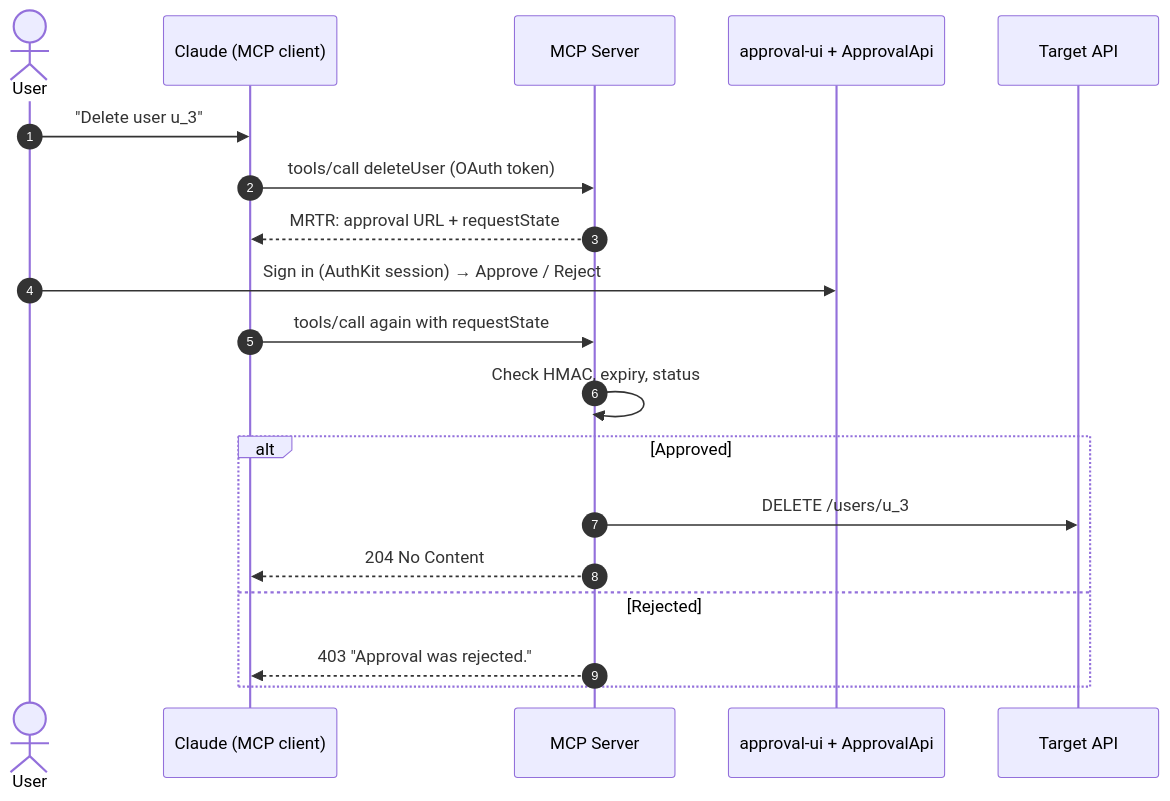
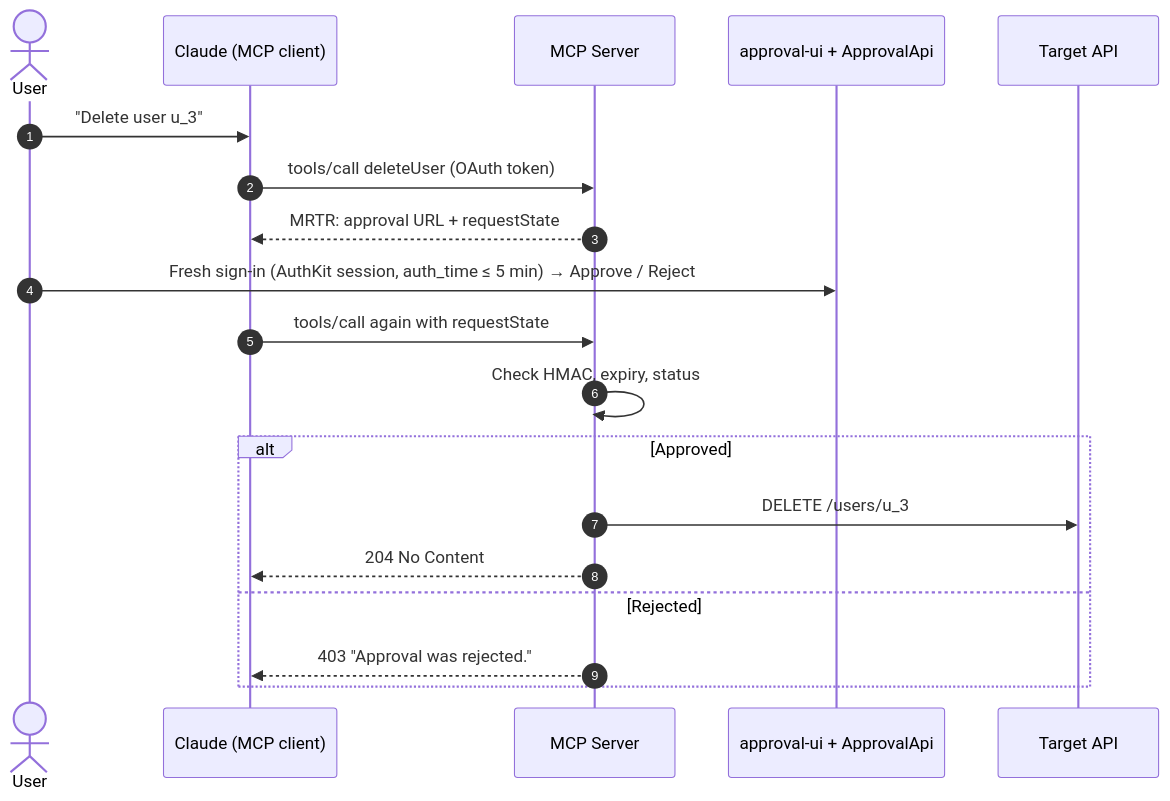
The diagram in README.md (neeshusahu/ApiToMcpServer), drawn with Mermaid before and after one commit. The commit also changed other lines of this file and 6 other files, not shown here.

Commit message:
Added fresh sign-in

````diff
--- a/README.md
+++ b/README.md
@@ -19,22 +20,22 @@
 ```mermaid
 sequenceDiagram
     autonumber
     actor U as User
     participant C as Claude (MCP client)
     participant M as MCP Server
     participant UI as approval-ui + ApprovalApi
     participant API as Target API
 
     U->>C: "Delete user u_3"
     C->>M: tools/call deleteUser (OAuth token)
     M-->>C: MRTR: approval URL + requestState
-    U->>UI: Sign in (AuthKit session) → Approve / Reject
+    U->>UI: Fresh sign-in (AuthKit session, auth_time ≤ 5 min) → Approve / Reject
     C->>M: tools/call again with requestState
     M->>M: Check HMAC, expiry, status
     alt Approved
         M->>API: DELETE /users/u_3
         M-->>C: 204 No Content
     else Rejected
         M-->>C: 403 "Approval was rejected."
     end
 ```
````
